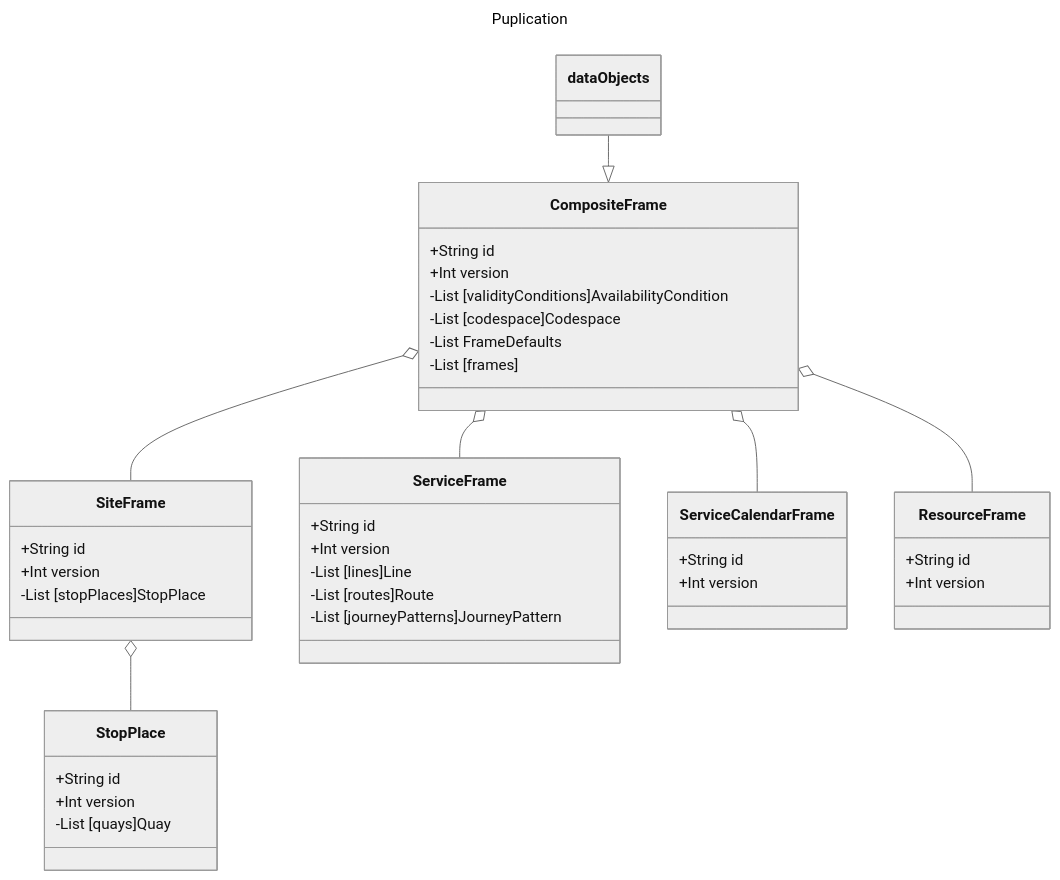
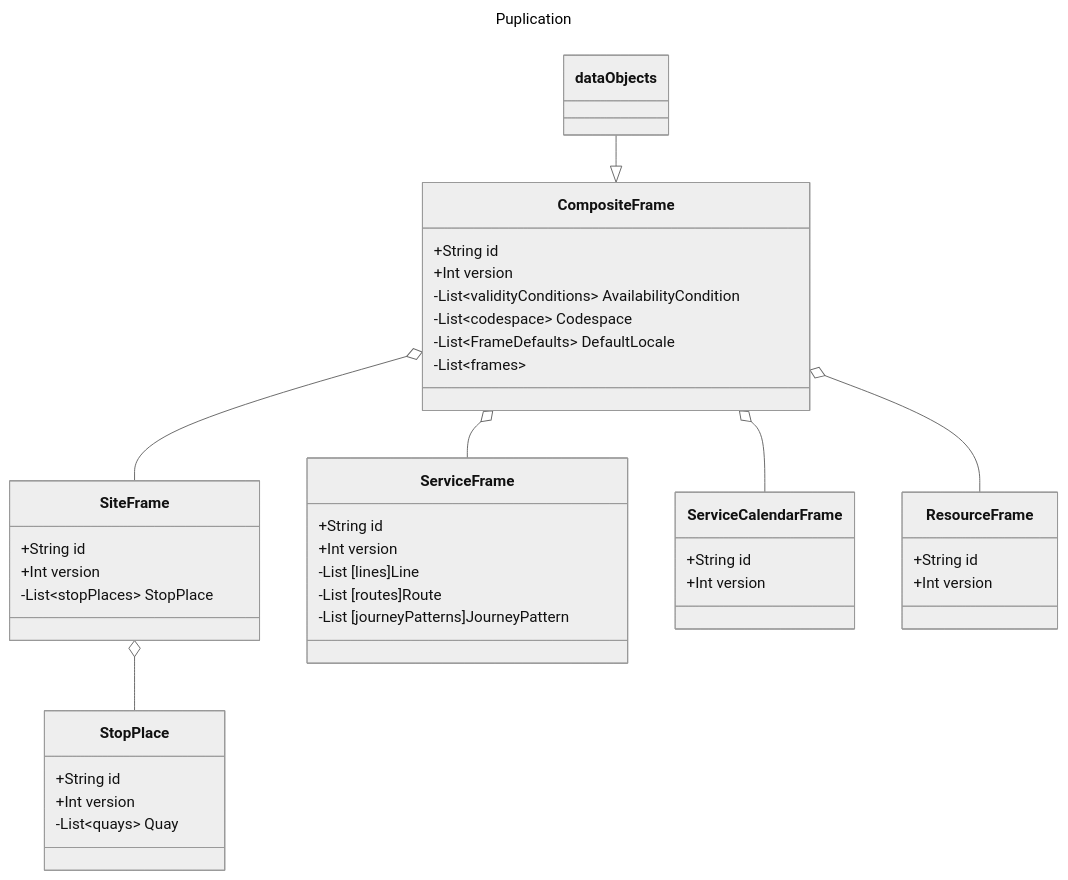
Before and after one commit to hfjelstad/Profile-Documentation: the diagram in 04-Guides/Timetable_DatedServiceJourney_V2.md, drawn with Mermaid (neutral theme).

Commit message:
Testing UML

````diff
--- a/04-Guides/Timetable_DatedServiceJourney_V2.md
+++ b/04-Guides/Timetable_DatedServiceJourney_V2.md
@@ -82,47 +82,47 @@
 ```mermaid
 ---
 title: Puplication 
 ---
 
 classDiagram
     dataObjects --|> CompositeFrame 
     class CompositeFrame{
         +String id
         +Int version
-        -List [validityConditions]AvailabilityCondition
-        -List [codespace]Codespace
-        -List FrameDefaults
-        -List [frames]
+        -List~validityConditions~ AvailabilityCondition
+        -List~codespace~ Codespace
+        -List~FrameDefaults~ DefaultLocale
+        -List~frames~
     }
     CompositeFrame o-- SiteFrame
     class SiteFrame{
         +String id
         +Int version
-        -List [stopPlaces]StopPlace
+        -List~stopPlaces~ StopPlace
     }
     SiteFrame o-- StopPlace
     class StopPlace{
         +String id
         +Int version
-        -List [quays]Quay
+        -List~quays~ Quay
     }
     CompositeFrame o-- ServiceFrame
     class ServiceFrame{
         +String id
         +Int version
         -List [lines]Line
         -List [routes]Route
         -List [journeyPatterns]JourneyPattern
     }
     CompositeFrame o-- ServiceCalendarFrame
     class  ServiceCalendarFrame{
         +String id
         +Int version
     }
     CompositeFrame o-- ResourceFrame
     class  ResourceFrame{
         +String id
         +Int version
     }
 
 ```
````
